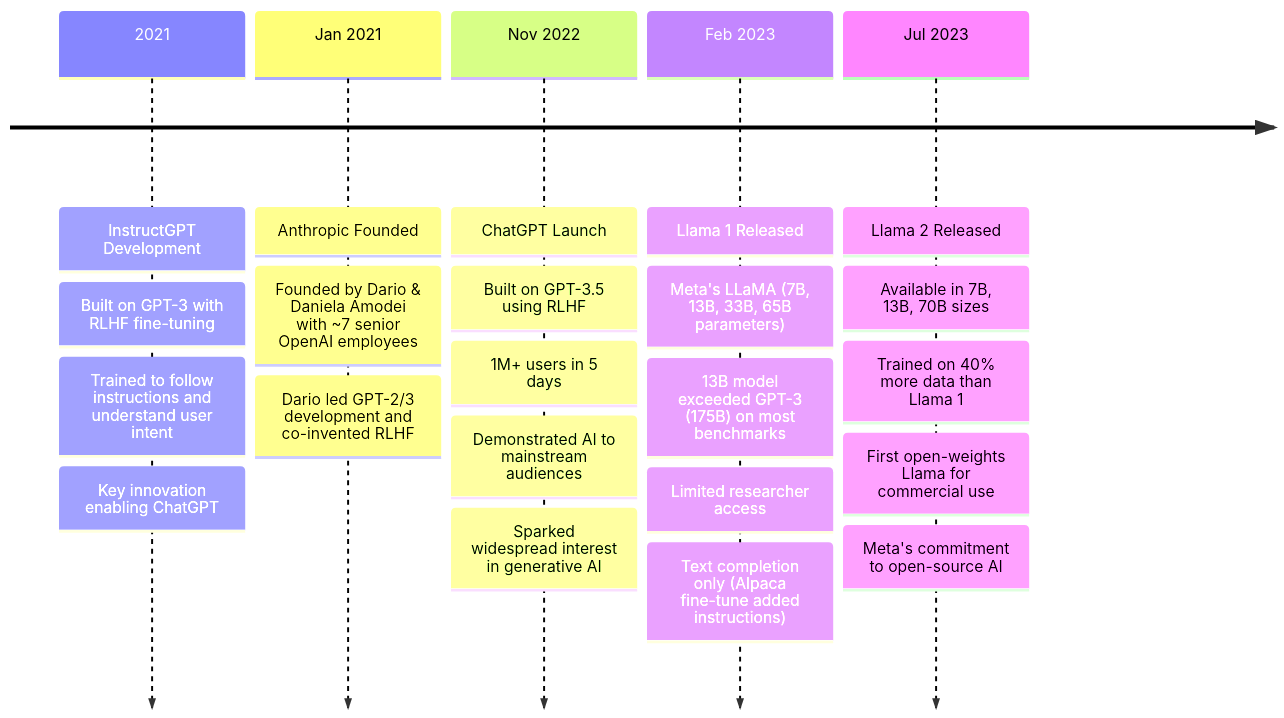
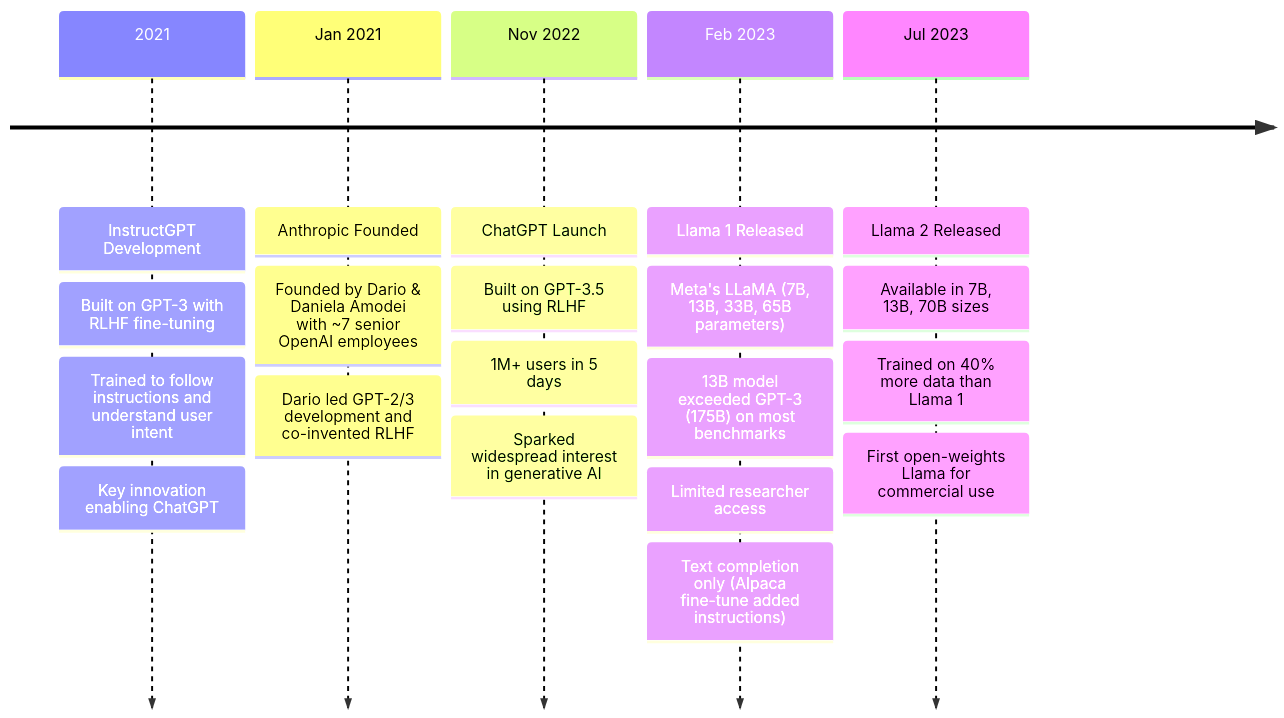
The second of 5 diagrams in src/01/exploring_genai.qmd (simonguest/CSP), drawn with Mermaid before and after one commit. The commit also changed other lines of this file and 3 other files, not shown here.

````diff
--- a/src/01/exploring_genai.qmd
+++ b/src/01/exploring_genai.qmd
@@ -52,29 +87,27 @@
 ```{mermaid}
 timeline
     2021 : InstructGPT Development
           : Built on GPT-3 with RLHF fine-tuning
           : Trained to follow instructions and understand user intent
           : Key innovation enabling ChatGPT
     
     Jan 2021 : Anthropic Founded
              : Founded by Dario & Daniela Amodei with ~7 senior OpenAI employees
             : Dario led GPT-2/3 development and co-invented RLHF
 
     Nov 2022 : ChatGPT Launch
                   : Built on GPT-3.5 using RLHF
                   : 1M+ users in 5 days
-                  : Demonstrated AI to mainstream audiences
                   : Sparked widespread interest in generative AI
 
     Feb 2023 : Llama 1 Released
                   : Meta's LLaMA (7B, 13B, 33B, 65B parameters)
                   : 13B model exceeded GPT-3 (175B) on most benchmarks
                   : Limited researcher access
                   : Text completion only (Alpaca fine-tune added instructions)
 
     Jul 2023 : Llama 2 Released
               : Available in 7B, 13B, 70B sizes
               : Trained on 40% more data than Llama 1
               : First open-weights Llama for commercial use
-              : Meta's commitment to open-source AI
 ```
````
